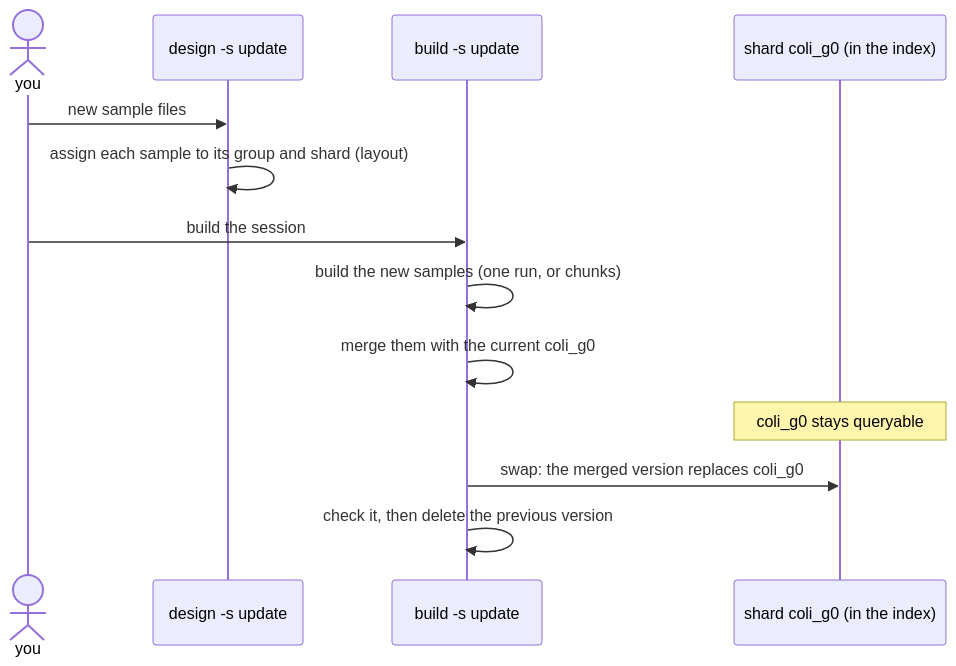
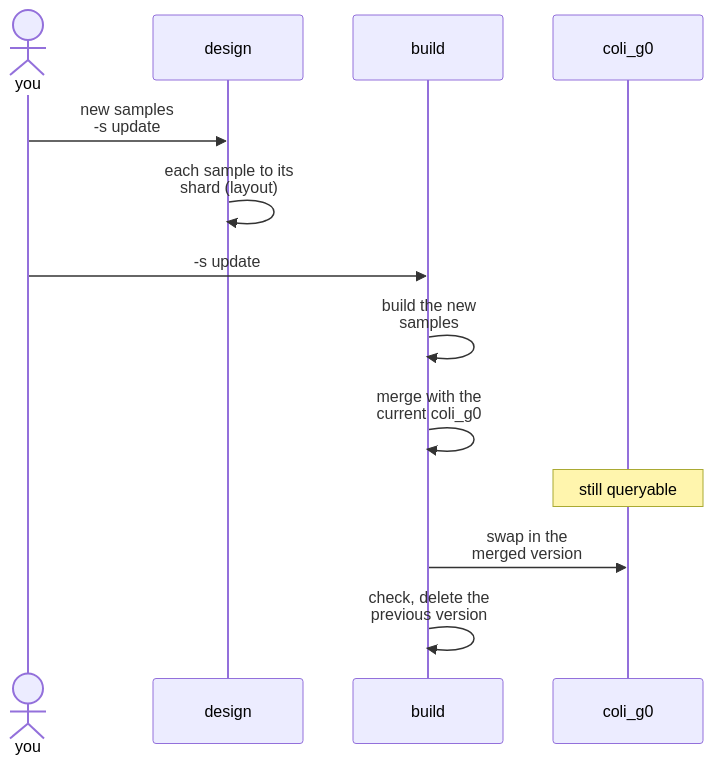
Before and after one commit to sebllns/kmhelpers: the third of 3 diagrams in docs/concepts/building.md, drawn with Mermaid. The commit also changed other lines of this file and 1 other file, not shown here.

First line of the commit message:
Docs: narrower sequence diagrams (query, cluster, update)

````diff
--- a/docs/concepts/building.md
+++ b/docs/concepts/building.md
@@ -93,15 +91,15 @@
 ```mermaid
 sequenceDiagram
     actor U as you
-    participant D as design -s update
-    participant B as build -s update
-    participant S as shard coli_g0 (in the index)
-    U->>D: new sample files
-    D->>D: assign each sample to its group and shard (layout)
-    U->>B: build the session
-    B->>B: build the new samples (one run, or chunks)
-    B->>B: merge them with the current coli_g0
-    Note over S: coli_g0 stays queryable
-    B->>S: swap: the merged version replaces coli_g0
-    B->>B: check it, then delete the previous version
+    participant D as design
+    participant B as build
+    participant S as coli_g0
+    U->>D: new samples<br/>-s update
+    D->>D: each sample to its<br/>shard (layout)
+    U->>B: -s update
+    B->>B: build the new<br/>samples
+    B->>B: merge with the<br/>current coli_g0
+    Note over S: still queryable
+    B->>S: swap in the<br/>merged version
+    B->>B: check, delete the<br/>previous version
 ```
````
